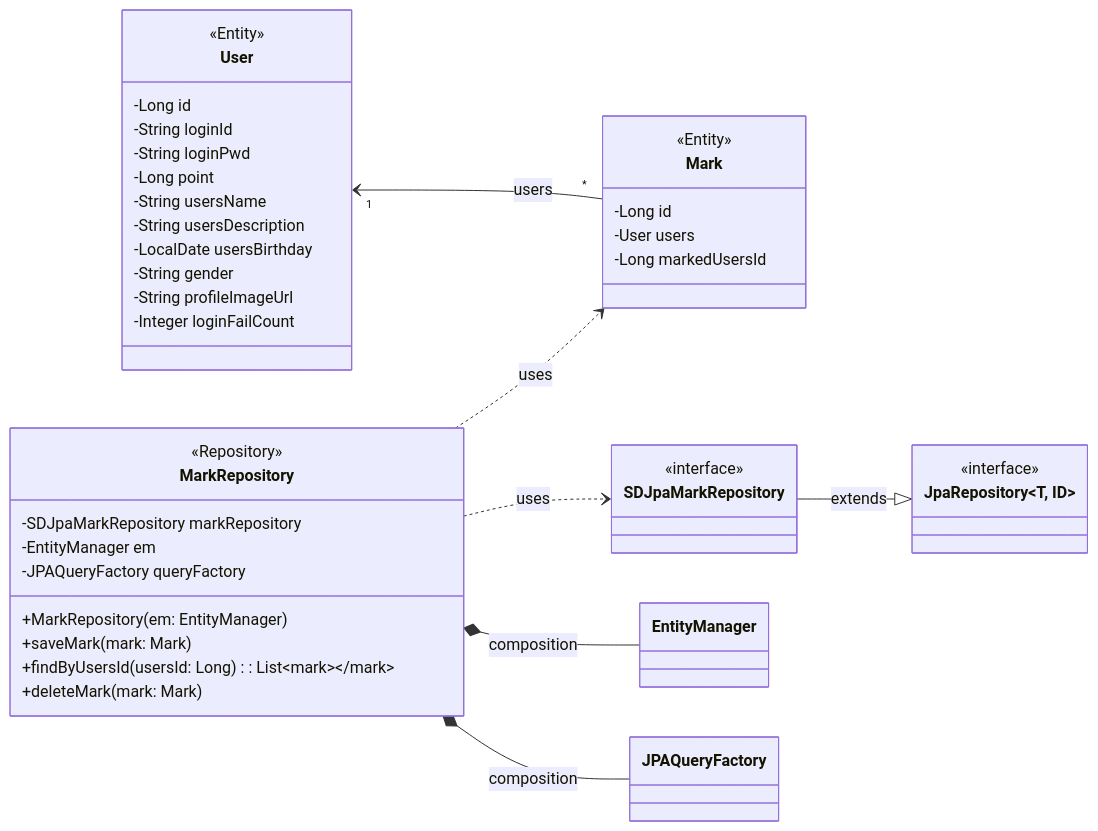
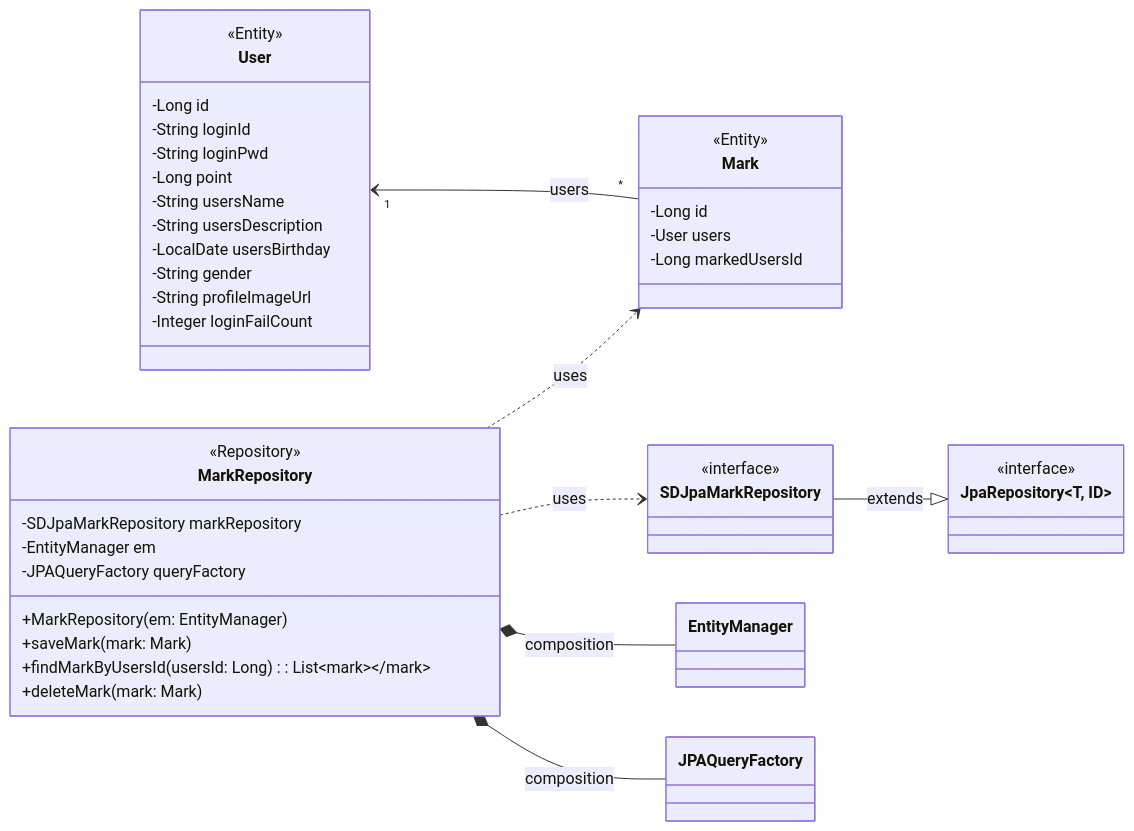
Before and after one commit to imTeakMin/GameMate: the diagram in backend/classDiagram/markDiagram.md, drawn with Mermaid. The commit also changed other lines of this file and 6 other files, not shown here.

First line of the commit message:
feat: class diagram 객체 정보 추가, GameRepository 추가

````diff
--- a/backend/classDiagram/markDiagram.md
+++ b/backend/classDiagram/markDiagram.md
@@ -2,61 +2,61 @@
 ```mermaid
 
 classDiagram
     direction LR
 
     class MarkRepository {
         <<Repository>>
         -SDJpaMarkRepository markRepository
         -EntityManager em
         -JPAQueryFactory queryFactory
         +MarkRepository(em: EntityManager)
         +saveMark(mark: Mark)
-        +findByUsersId(usersId: Long): List<Mark>
+        +findMarkByUsersId(usersId: Long): List<Mark>
         +deleteMark(mark: Mark)
     }
 
     class Mark {
         <<Entity>>
         -Long id
         -User users
         -Long markedUsersId
     }
 
     class User {
         <<Entity>>
         -Long id
         -String loginId
         -String loginPwd
         -Long point
         -String usersName
         -String usersDescription
         -LocalDate usersBirthday
         -String gender
         -String profileImageUrl
         -Integer loginFailCount
     }
 
     class SDJpaMarkRepository {
         <<interface>>
     }
 
     class EntityManager {
     }
 
     class JPAQueryFactory {
     }
 
     class JpaRepository~T, ID~ {
         <<interface>>
     }
 
     %% Relationships
     SDJpaMarkRepository --|> JpaRepository : extends
     MarkRepository ..> SDJpaMarkRepository : uses
     MarkRepository *-- EntityManager : composition
     MarkRepository *-- JPAQueryFactory : composition
     MarkRepository ..> Mark : uses
     
     User "1" <-- "*" Mark : users
 
 ```
````
